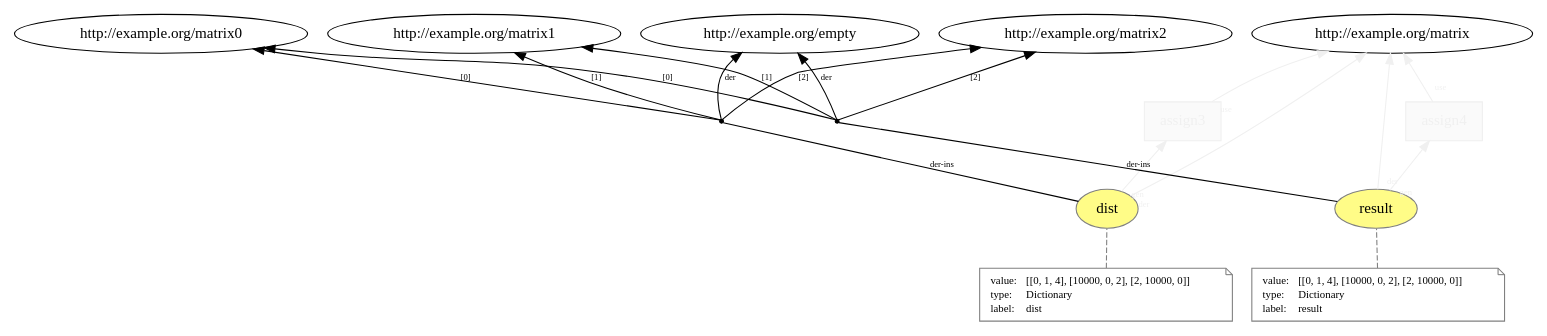
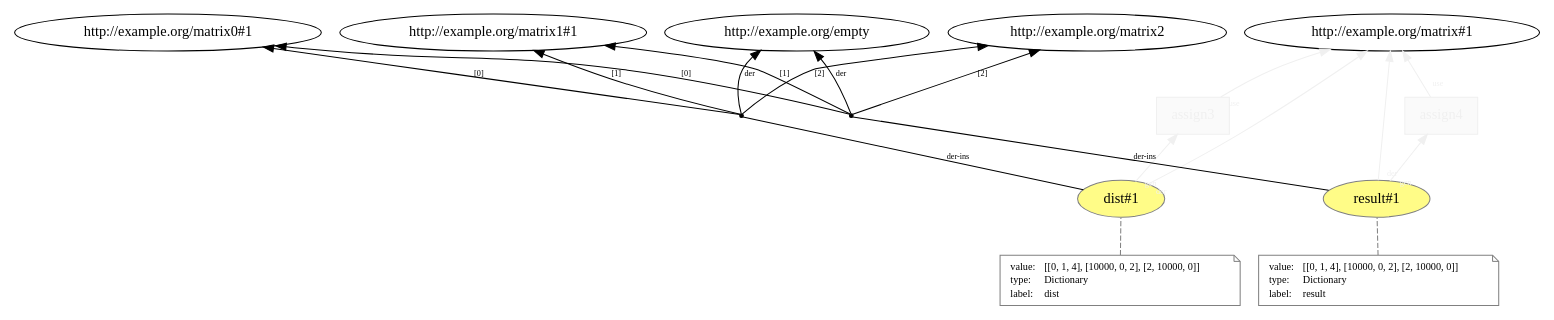
The diagram in generated/prov_dictionary/temp/L4__assign.dot (dew-uff/versioned-prov), drawn with Graphviz before and after one commit. The commit also changed 1178 other files, not shown here.

```diff
--- a/generated/prov_dictionary/temp/L4__assign.dot
+++ b/generated/prov_dictionary/temp/L4__assign.dot
@@ -1,54 +1,54 @@
 digraph "PROV" { size="16,12"; rankdir="BT";
-"http://example.org/dist" [fillcolor="#FFFC87",color="#808080",style="filled",label="dist",URL="http://example.org/dist"]
+"http://example.org/dist#1" [fillcolor="#FFFC87",color="#808080",style="filled",label="dist#1",URL="http://example.org/dist#1"]
 "-attrs0" [color="gray",shape="note",fontsize="10",fontcolor="black",label=<<TABLE cellpadding="0" border="0">
 	<TR>
 	    <TD align="left">value:</TD>
 	    <TD align="left">[[0, 1, 4], [10000, 0, 2], [2, 10000, 0]]</TD>
 	</TR>
 	<TR>
 	    <TD align="left">type:</TD>
 	    <TD align="left">Dictionary</TD>
 	</TR>
 	<TR>
 	    <TD align="left">label:</TD>
 	    <TD align="left">dist</TD>
 	</TR>
 </TABLE>>]
-"-attrs0" -> "http://example.org/dist" [color="gray",style="dashed",arrowhead="none"]
+"-attrs0" -> "http://example.org/dist#1" [color="gray",style="dashed",arrowhead="none"]
 "bn0" [shape="point",label=""]
-"http://example.org/dist" -> "bn0" [fontsize="8",distance="1.5",angle="60.0",rotation="20",label="der-ins",arrowhead="none"]
+"http://example.org/dist#1" -> "bn0" [fontsize="8",distance="1.5",angle="60.0",rotation="20",label="der-ins",arrowhead="none"]
 "bn0" -> "http://example.org/empty" [fontsize="8",distance="1.5",angle="60.0",rotation="20",label="der"]
-"bn0" -> "http://example.org/matrix0" [fontsize="8",distance="1.5",angle="60.0",rotation="20",label="[0]"]
-"bn0" -> "http://example.org/matrix1" [fontsize="8",distance="1.5",angle="60.0",rotation="20",label="[1]"]
+"bn0" -> "http://example.org/matrix0#1" [fontsize="8",distance="1.5",angle="60.0",rotation="20",label="[0]"]
+"bn0" -> "http://example.org/matrix1#1" [fontsize="8",distance="1.5",angle="60.0",rotation="20",label="[1]"]
 "bn0" -> "http://example.org/matrix2" [fontsize="8",distance="1.5",angle="60.0",rotation="20",label="[2]"]
 "http://example.org/assign3" [fillcolor="#FAFAFA",color="#F0F0F0",shape="polygon",sides="4",style="filled",fontcolor="#F0F0F0",label="assign3",URL="http://example.org/assign3"]
-"http://example.org/dist" -> "http://example.org/matrix" [labelfontsize="8",labeldistance="1.5",labelangle="60.0",rotation="20",taillabel="der",fontcolor="#F0F0F0",color="#F0F0F0"]
-"http://example.org/result" [fillcolor="#FFFC87",color="#808080",style="filled",label="result",URL="http://example.org/result"]
+"http://example.org/dist#1" -> "http://example.org/matrix#1" [labelfontsize="8",labeldistance="1.5",labelangle="60.0",rotation="20",taillabel="der",fontcolor="#F0F0F0",color="#F0F0F0"]
+"http://example.org/result#1" [fillcolor="#FFFC87",color="#808080",style="filled",label="result#1",URL="http://example.org/result#1"]
 "-attrs1" [color="gray",shape="note",fontsize="10",fontcolor="black",label=<<TABLE cellpadding="0" border="0">
 	<TR>
 	    <TD align="left">value:</TD>
 	    <TD align="left">[[0, 1, 4], [10000, 0, 2], [2, 10000, 0]]</TD>
 	</TR>
 	<TR>
 	    <TD align="left">type:</TD>
 	    <TD align="left">Dictionary</TD>
 	</TR>
 	<TR>
 	    <TD align="left">label:</TD>
 	    <TD align="left">result</TD>
 	</TR>
 </TABLE>>]
-"-attrs1" -> "http://example.org/result" [color="gray",style="dashed",arrowhead="none"]
+"-attrs1" -> "http://example.org/result#1" [color="gray",style="dashed",arrowhead="none"]
 "bn1" [shape="point",label=""]
-"http://example.org/result" -> "bn1" [fontsize="8",distance="1.5",angle="60.0",rotation="20",label="der-ins",arrowhead="none"]
+"http://example.org/result#1" -> "bn1" [fontsize="8",distance="1.5",angle="60.0",rotation="20",label="der-ins",arrowhead="none"]
 "bn1" -> "http://example.org/empty" [fontsize="8",distance="1.5",angle="60.0",rotation="20",label="der"]
-"bn1" -> "http://example.org/matrix0" [fontsize="8",distance="1.5",angle="60.0",rotation="20",label="[0]"]
-"bn1" -> "http://example.org/matrix1" [fontsize="8",distance="1.5",angle="60.0",rotation="20",label="[1]"]
+"bn1" -> "http://example.org/matrix0#1" [fontsize="8",distance="1.5",angle="60.0",rotation="20",label="[0]"]
+"bn1" -> "http://example.org/matrix1#1" [fontsize="8",distance="1.5",angle="60.0",rotation="20",label="[1]"]
 "bn1" -> "http://example.org/matrix2" [fontsize="8",distance="1.5",angle="60.0",rotation="20",label="[2]"]
 "http://example.org/assign4" [fillcolor="#FAFAFA",color="#F0F0F0",shape="polygon",sides="4",style="filled",fontcolor="#F0F0F0",label="assign4",URL="http://example.org/assign4"]
-"http://example.org/result" -> "http://example.org/matrix" [labelfontsize="8",labeldistance="1.5",labelangle="60.0",rotation="20",taillabel="der",fontcolor="#F0F0F0",color="#F0F0F0"]
-"http://example.org/assign3" -> "http://example.org/matrix" [labelfontsize="8",labeldistance="1.5",labelangle="60.0",rotation="20",taillabel="use",fontcolor="#F0F0F0",color="#F0F0F0"]
-"http://example.org/assign4" -> "http://example.org/matrix" [labelfontsize="8",labeldistance="1.5",labelangle="60.0",rotation="20",taillabel="use",fontcolor="#F0F0F0",color="#F0F0F0"]
-"http://example.org/dist" -> "http://example.org/assign3" [labelfontsize="8",labeldistance="1.5",labelangle="60.0",rotation="20",taillabel="gen",fontcolor="#F0F0F0",color="#F0F0F0"]
-"http://example.org/result" -> "http://example.org/assign4" [labelfontsize="8",labeldistance="1.5",labelangle="60.0",rotation="20",taillabel="gen",fontcolor="#F0F0F0",color="#F0F0F0"]
+"http://example.org/result#1" -> "http://example.org/matrix#1" [labelfontsize="8",labeldistance="1.5",labelangle="60.0",rotation="20",taillabel="der",fontcolor="#F0F0F0",color="#F0F0F0"]
+"http://example.org/assign4" -> "http://example.org/matrix#1" [labelfontsize="8",labeldistance="1.5",labelangle="60.0",rotation="20",taillabel="use",fontcolor="#F0F0F0",color="#F0F0F0"]
+"http://example.org/assign3" -> "http://example.org/matrix#1" [labelfontsize="8",labeldistance="1.5",labelangle="60.0",rotation="20",taillabel="use",fontcolor="#F0F0F0",color="#F0F0F0"]
+"http://example.org/dist#1" -> "http://example.org/assign3" [labelfontsize="8",labeldistance="1.5",labelangle="60.0",rotation="20",taillabel="gen",fontcolor="#F0F0F0",color="#F0F0F0"]
+"http://example.org/result#1" -> "http://example.org/assign4" [labelfontsize="8",labeldistance="1.5",labelangle="60.0",rotation="20",taillabel="gen",fontcolor="#F0F0F0",color="#F0F0F0"]
 }
```
